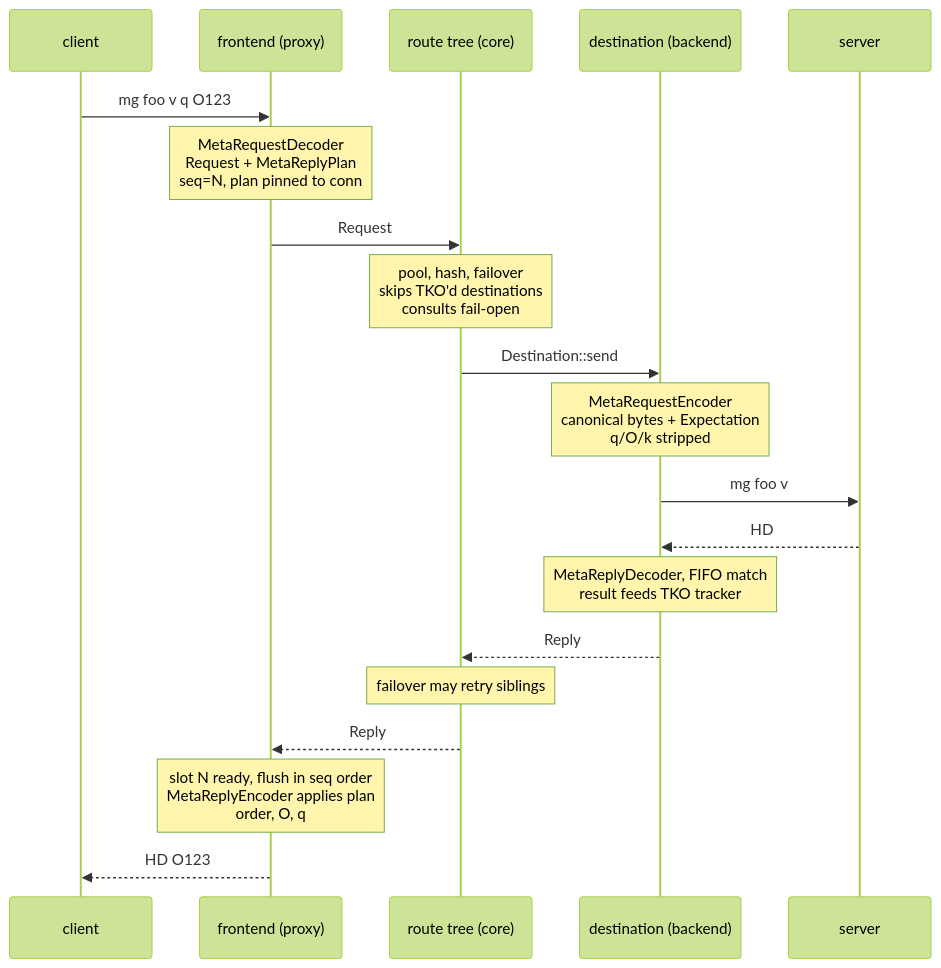
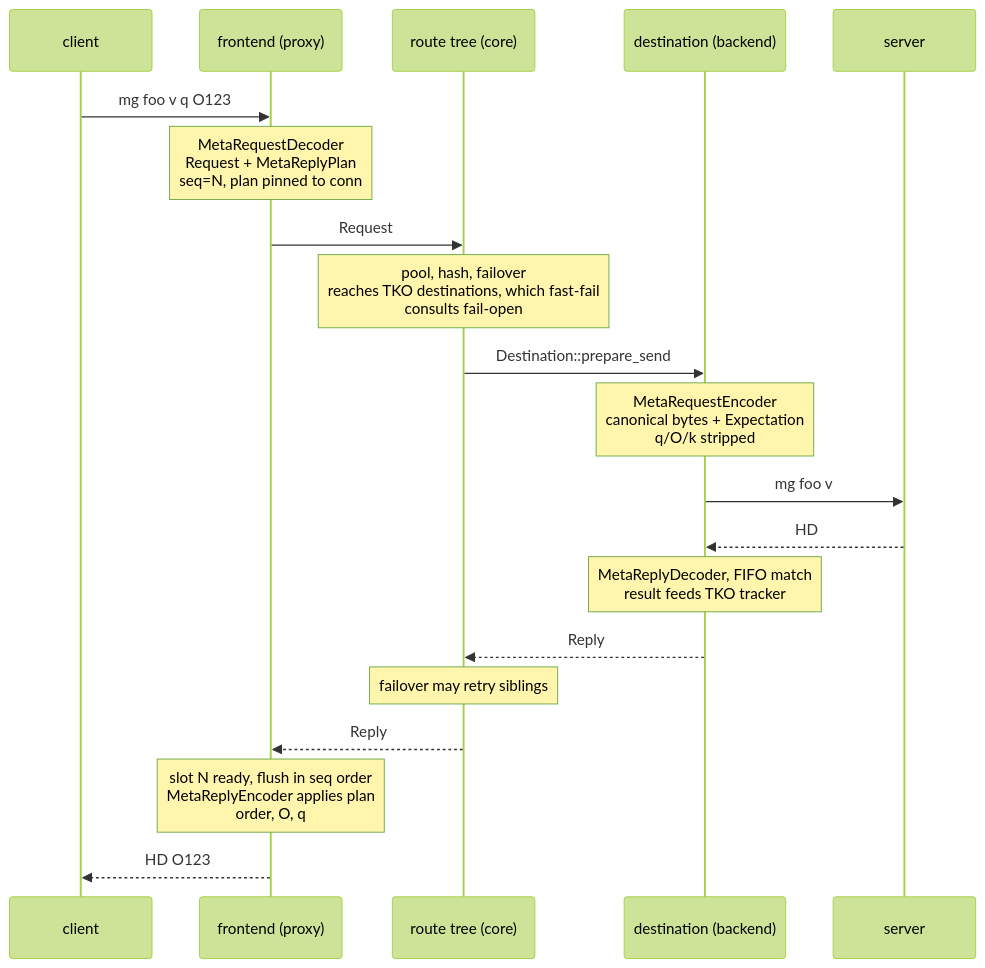
One commit to raydatray/rusty-mcrouter changed the third of 3 diagrams in docs/architecture/README.md. Above: the diagram before and after it, drawn with Mermaid (forest theme). The commit also changed other lines of this file and 2 other files, not shown here.

````diff
--- a/docs/architecture/README.md
+++ b/docs/architecture/README.md
@@ -48,23 +85,23 @@
 ```mermaid
 sequenceDiagram
     participant C as client
     participant P as frontend (proxy)
     participant R as route tree (core)
     participant D as destination (backend)
     participant S as server
 
     C->>P: mg foo v q O123
     Note over P: MetaRequestDecoder<br/>Request + MetaReplyPlan<br/>seq=N, plan pinned to conn
     P->>R: Request
-    Note over R: pool, hash, failover<br/>skips TKO'd destinations<br/>consults fail-open
-    R->>D: Destination::send
+    Note over R: pool, hash, failover<br/>reaches TKO destinations, which fast-fail<br/>consults fail-open
+    R->>D: Destination::prepare_send
     Note over D: MetaRequestEncoder<br/>canonical bytes + Expectation<br/>q/O/k stripped
     D->>S: mg foo v
     S-->>D: HD
     Note over D: MetaReplyDecoder, FIFO match<br/>result feeds TKO tracker
     D-->>R: Reply
     Note over R: failover may retry siblings
     R-->>P: Reply
     Note over P: slot N ready, flush in seq order<br/>MetaReplyEncoder applies plan<br/>order, O, q
     P-->>C: HD O123
 ```
````
